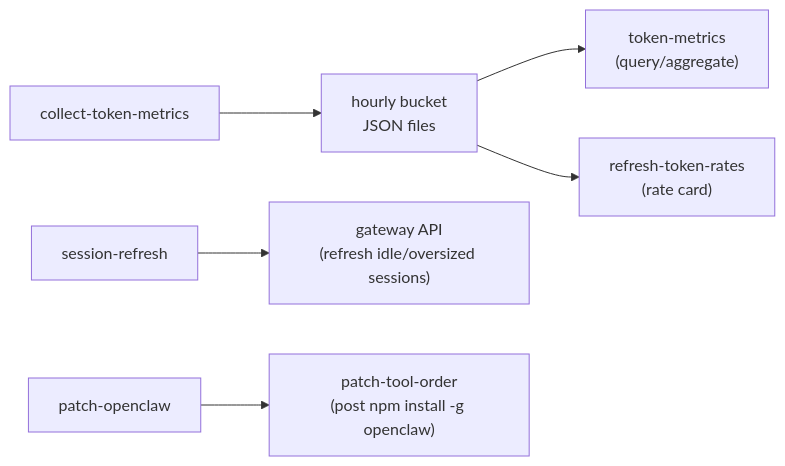
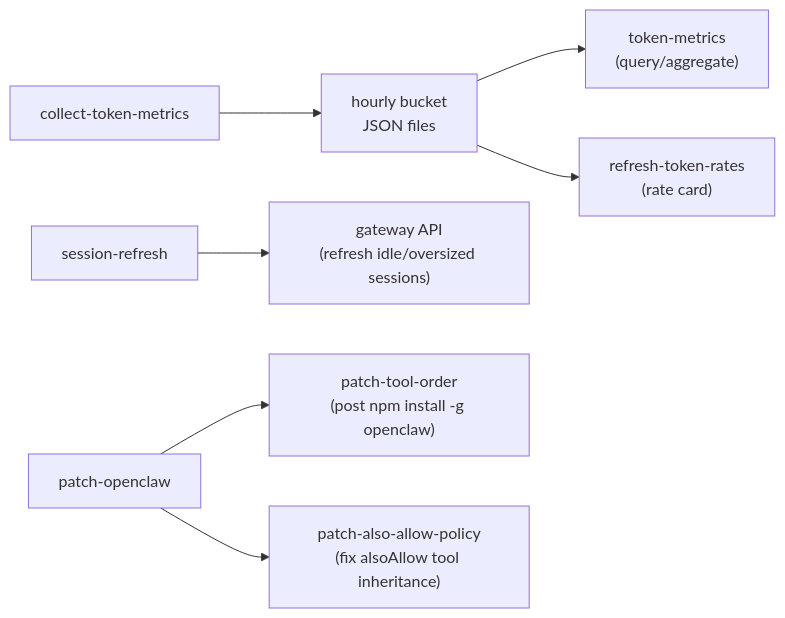
The diagram in src/admin/README.md (karmaniverous/jeeves-runner-scripts-template), drawn with Mermaid before and after one commit. The commit also changed other lines of this file and 9 other files, not shown here.

````diff
--- a/src/admin/README.md
+++ b/src/admin/README.md
@@ -19,10 +20,11 @@
 ```mermaid
 flowchart LR
   collect["collect-token-metrics"] --> buckets["hourly bucket\nJSON files"]
   buckets --> metrics["token-metrics\n(query/aggregate)"]
   buckets --> rates["refresh-token-rates\n(rate card)"]
 
   refresh["session-refresh"] --> gateway["gateway API\n(refresh idle/oversized sessions)"]
 
   patch["patch-openclaw"] --> order["patch-tool-order\n(post npm install -g openclaw)"]
+  patch --> allow["patch-also-allow-policy\n(fix alsoAllow tool inheritance)"]
 ```
````
